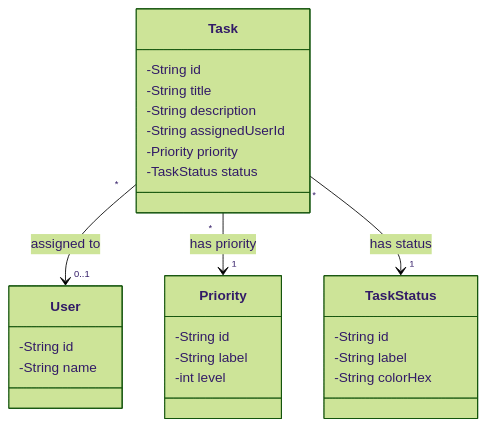
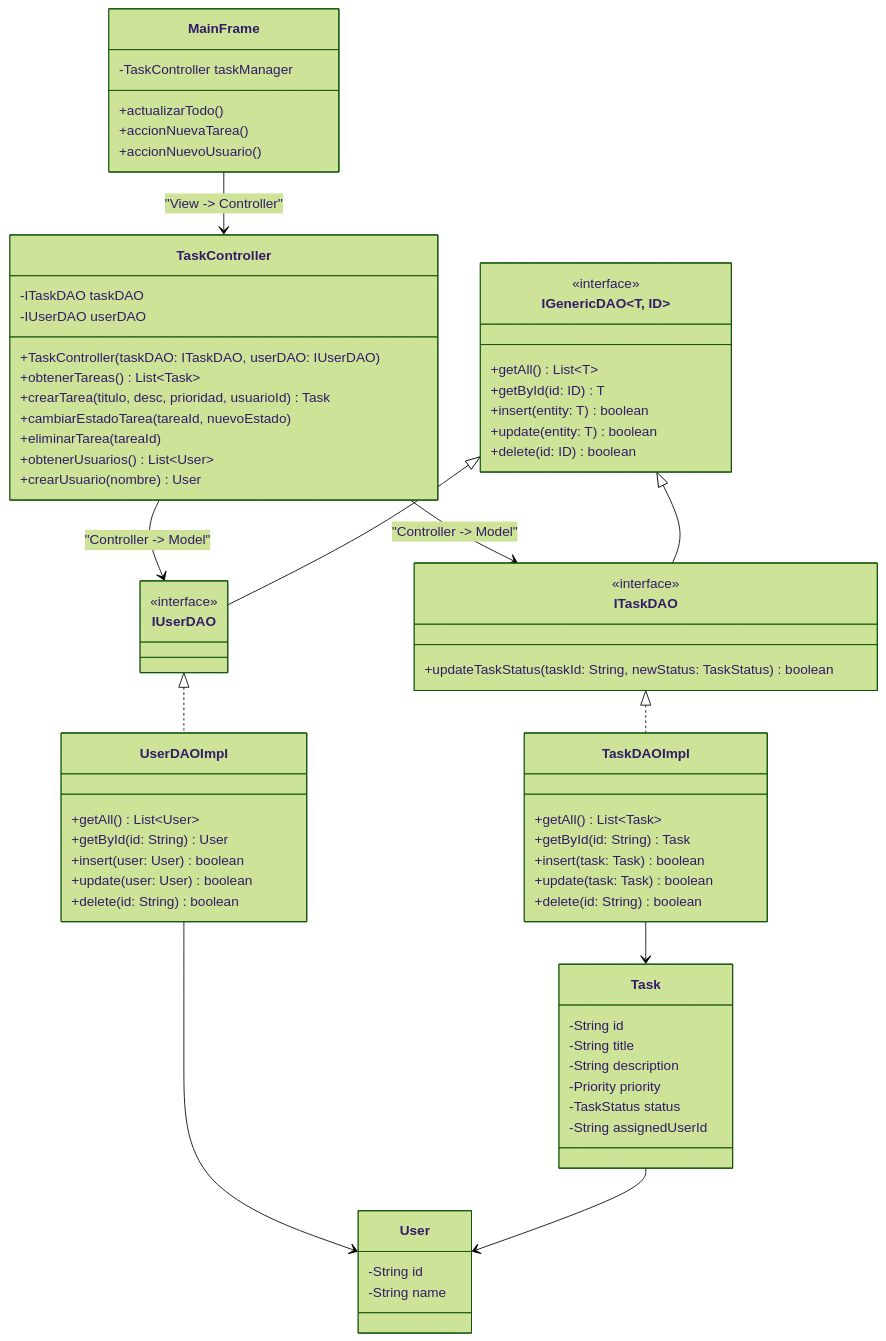
One commit to andresguerra321/GESTOR-DE-TAREAS-BASE-DE-DATOS changed the second of 2 diagrams in README.md. Above: the diagram before and after it, drawn with Mermaid (forest theme). The commit also changed other lines of this file and 1 other file, not shown here.

Commit message:
docs(mvc): update README and UML diagrams with complete MVC architecture layout

````diff
--- a/README.md
+++ b/README.md
@@ -81,28 +107,87 @@
 ```mermaid
 classDiagram
+    %% VISTA
+    class MainFrame {
+        -TaskController taskManager
+        +actualizarTodo()
+        +accionNuevaTarea()
+        +accionNuevoUsuario()
+    }
+
+    %% CONTROLADOR
+    class TaskController {
+        -ITaskDAO taskDAO
+        -IUserDAO userDAO
+        +TaskController(taskDAO: ITaskDAO, userDAO: IUserDAO)
+        +obtenerTareas() List~Task~
+        +crearTarea(titulo, desc, prioridad, usuarioId) Task
+        +cambiarEstadoTarea(tareaId, nuevoEstado)
+        +eliminarTarea(tareaId)
+        +obtenerUsuarios() List~User~
+        +crearUsuario(nombre) User
+    }
+
+    %% MODELO - PERSISTENCIA
+    class IGenericDAO~T, ID~ {
+        <<interface>>
+        +getAll() List~T~
+        +getById(id: ID) T
+        +insert(entity: T) boolean
+        +update(entity: T) boolean
+        +delete(id: ID) boolean
+    }
+
+    class ITaskDAO {
+        <<interface>>
+        +updateTaskStatus(taskId: String, newStatus: TaskStatus) boolean
+    }
+
+    class IUserDAO {
+        <<interface>>
+    }
+
+    class TaskDAOImpl {
+        +getAll() List~Task~
+        +getById(id: String) Task
+        +insert(task: Task) boolean
+        +update(task: Task) boolean
+        +delete(id: String) boolean
+    }
+
+    class UserDAOImpl {
+        +getAll() List~User~
+        +getById(id: String) User
+        +insert(user: User) boolean
+        +update(user: User) boolean
+        +delete(id: String) boolean
+    }
+
+    %% MODELO - ENTIDADES
+    class Task {
+        -String id
+        -String title
+        -String description
+        -Priority priority
+        -TaskStatus status
+        -String assignedUserId
+    }
+
     class User {
         -String id
         -String name
     }
-    class TaskStatus {
-        -String id
-        -String label
-        -String colorHex
-    }
-    class Priority {
-        -String id
-        -String label
-        -int level
-    }
-    class Task {
-        -String id
-        -String title
-        -String description
-        -String assignedUserId
-        -Priority priority
-        -TaskStatus status
-    }
-    Task "*" --> "0..1" User : assigned to
-    Task "*" --> "1" Priority : has priority
-    Task "*" --> "1" TaskStatus : has status
+
+    %% RELACIONES MVC
+    MainFrame --> TaskController : "View -> Controller"
+    TaskController --> ITaskDAO : "Controller -> Model"
+    TaskController --> IUserDAO : "Controller -> Model"
+
+    IGenericDAO <|-- ITaskDAO
+    IGenericDAO <|-- IUserDAO
+    ITaskDAO <|.. TaskDAOImpl
+    IUserDAO <|.. UserDAOImpl
+
+    TaskDAOImpl --> Task
+    UserDAOImpl --> User
+    Task --> User
 ```
````
